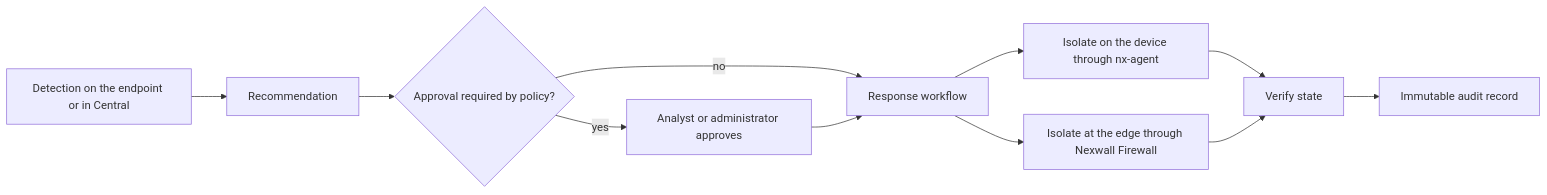
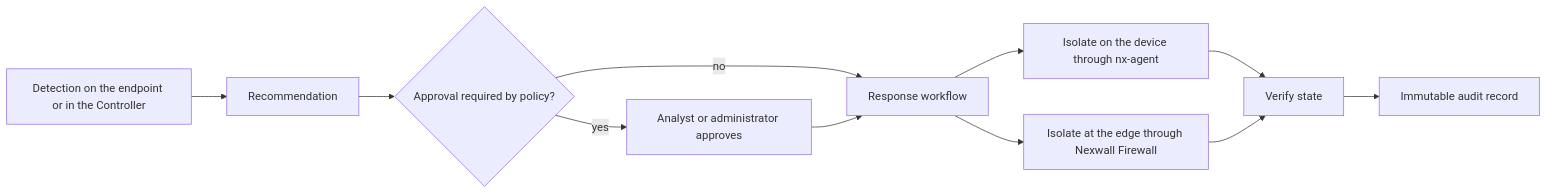
The diagram in docs/design/response-and-firewall.md (nexwall/nexwall-endpoint-doc), drawn with Mermaid before and after one commit. The commit also changed other lines of this file and 7 other files, not shown here.

First line of the commit message:
Design docs: Central renamed to Controller; status page updated (signed policy, sensor channel, durable queue, batch ingest, updater logic)

````diff
--- a/docs/design/response-and-firewall.md
+++ b/docs/design/response-and-firewall.md
@@ -10,13 +10,13 @@
 ```mermaid
 flowchart LR
-  EV["Detection on the endpoint or in Central"] --> REC["Recommendation"]
+  EV["Detection on the endpoint or in the Controller"] --> REC["Recommendation"]
   REC --> APP{"Approval required by policy?"}
   APP -- "yes" --> HUMAN["Analyst or administrator approves"]
   APP -- "no" --> WF["Response workflow"]
   HUMAN --> WF
   WF --> AG["Isolate on the device through nx-agent"]
   WF --> FW["Isolate at the edge through Nexwall Firewall"]
   AG --> VER["Verify state"]
   FW --> VER
   VER --> AUD["Immutable audit record"]
 ```
````
